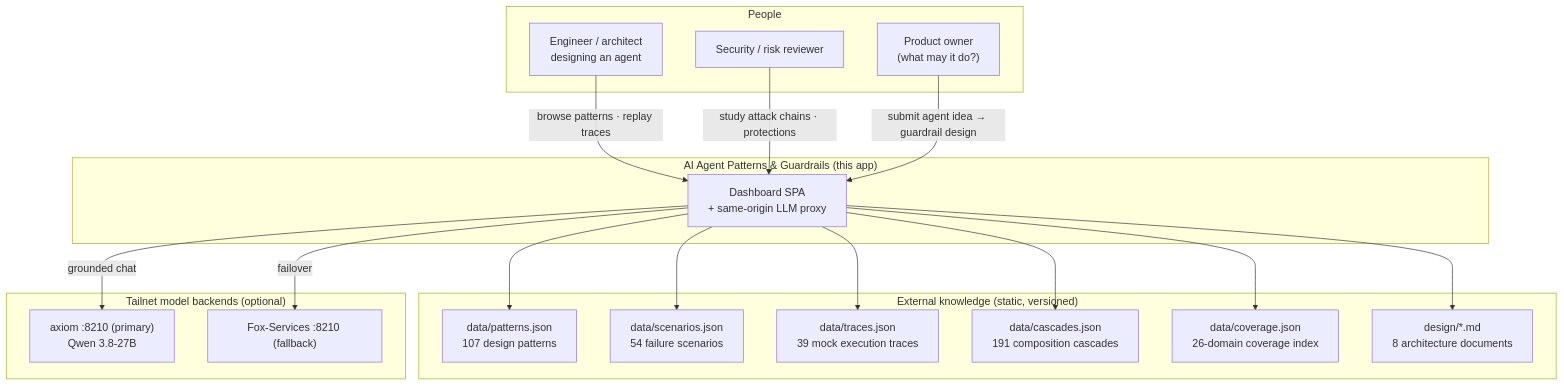
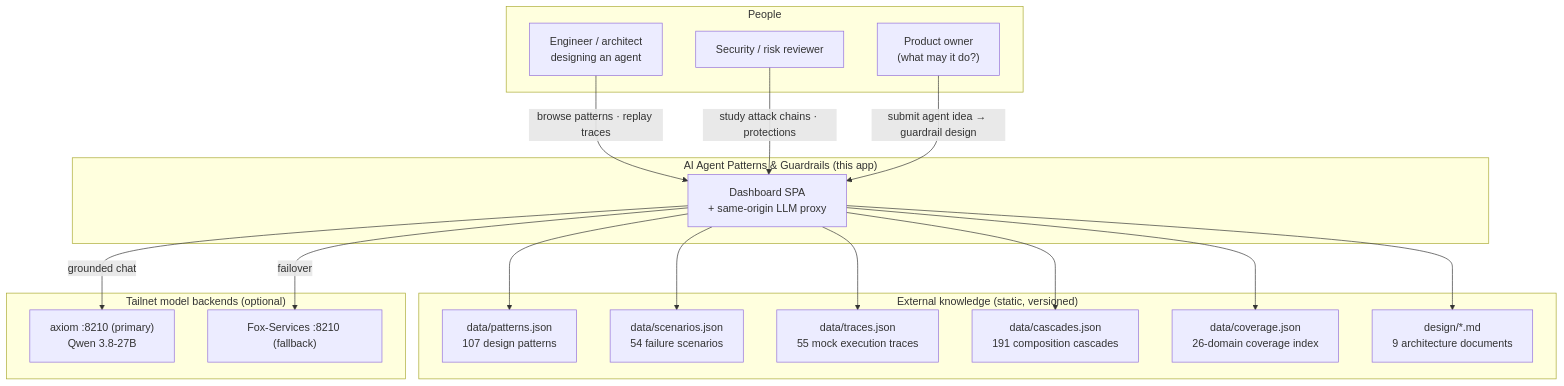
One commit to harishgovardhandamodar/AI-Agents-Patterns changed the first of 3 diagrams in design/01-system-context.md. Above: the diagram before and after it, drawn with Mermaid. The commit also changed other lines of this file and 12 other files, not shown here.

````diff
--- a/design/01-system-context.md
+++ b/design/01-system-context.md
@@ -13,39 +13,39 @@
 ```mermaid
 flowchart TB
   subgraph USER["People"]
     ENG["Engineer / architect<br/>designing an agent"]
     SEC["Security / risk reviewer"]
     PM["Product owner<br/>(what may it do?)"]
   end
 
   subgraph SYS["AI Agent Patterns & Guardrails (this app)"]
     DASH["Dashboard SPA<br/>+ same-origin LLM proxy"]
   end
 
   subgraph EXT["External knowledge (static, versioned)"]
     PAT["data/patterns.json<br/>107 design patterns"]
     SCN["data/scenarios.json<br/>54 failure scenarios"]
-    TRC["data/traces.json<br/>39 mock execution traces"]
+    TRC["data/traces.json<br/>55 mock execution traces"]
     CAS["data/cascades.json<br/>191 composition cascades"]
     COV["data/coverage.json<br/>26-domain coverage index"]
-    DES["design/*.md<br/>8 architecture documents"]
+    DES["design/*.md<br/>9 architecture documents"]
   end
 
   subgraph LLM["Tailnet model backends (optional)"]
     AXM["axiom :8210 (primary)<br/>Qwen 3.8-27B"]
     FOX["Fox-Services :8210 (fallback)"]
   end
 
   ENG -->|"browse patterns · replay traces"| DASH
   SEC -->|"study attack chains · protections"| DASH
   PM -->|"submit agent idea → guardrail design"| DASH
 
   DASH --> PAT
   DASH --> SCN
   DASH --> TRC
   DASH --> CAS
   DASH --> COV
   DASH --> DES
   DASH -->|grounded chat| AXM
   DASH -->|failover| FOX
 ```
````
